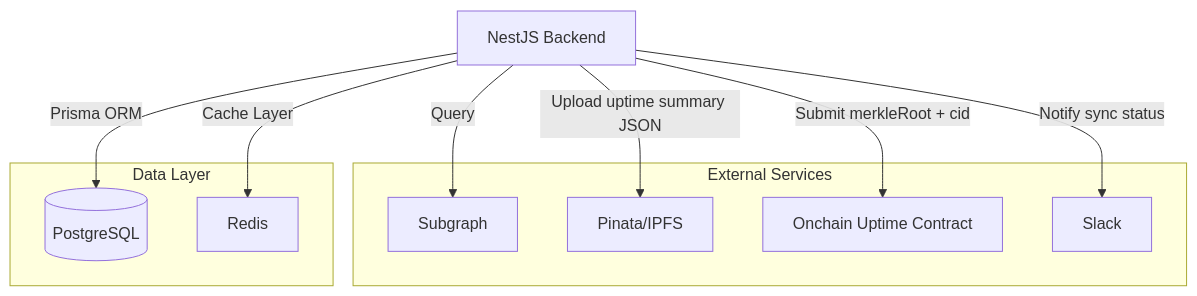
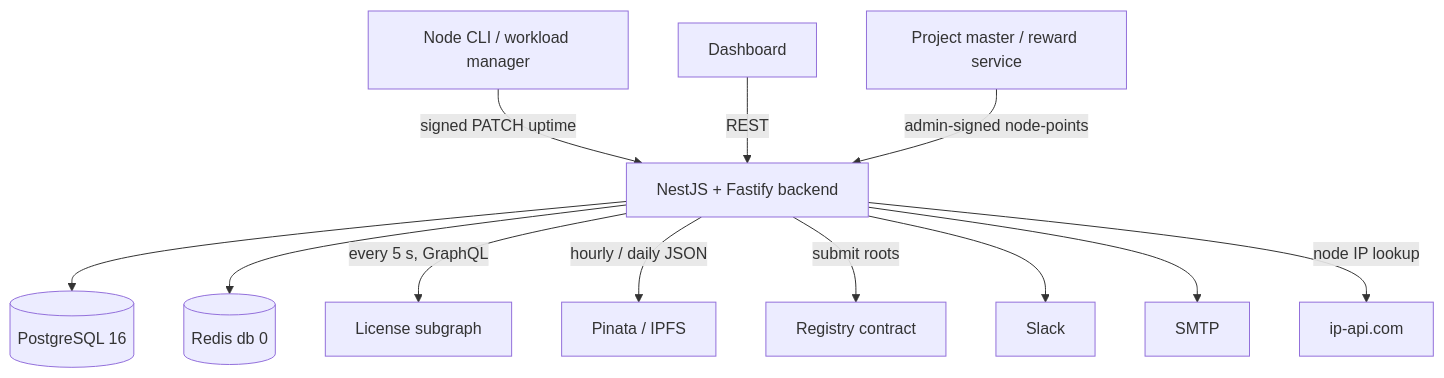
One commit to LFGInc/node-system-docs changed the diagram in docs/backend.md. Above: the diagram before and after it, drawn with Mermaid. The commit also changed other lines of this file and 2 other files, not shown here.

First line of the commit message:
docs: update CLI, workload manager and backend pages to the self-hosted open-source release

````diff
--- a/docs/backend.md
+++ b/docs/backend.md
@@ -93,29 +19,15 @@
 ```mermaid
 graph TD
-    A[NestJS Backend]
-    G[Subgraph]
-    I[Pinata/IPFS]
-    C[Onchain Uptime Contract]
-    S[Slack]
-    P[(PostgreSQL)]
-    R[Redis]
-
-    A -->|Query| G
-    A -->|Prisma ORM| P
-    A -->|Cache Layer| R
-    A -->|Upload uptime summary JSON| I
-    A -->|Submit merkleRoot + cid| C
-    A -->|Notify sync status| S
-
-    subgraph External Services
-        G
-        I
-        C
-        S
-    end
-
-    subgraph Data Layer
-        P
-        R
-    end
+    CLI[Node CLI / workload manager] -->|signed PATCH uptime| A
+    UI[Dashboard] -->|REST| A
+    RW[Project master / reward service] -->|admin-signed node-points| A
+    A[NestJS + Fastify backend]
+    A --> P[(PostgreSQL 16)]
+    A --> R[(Redis db 0)]
+    A -->|every 5 s, GraphQL| G[License subgraph]
+    A -->|hourly / daily JSON| I[Pinata / IPFS]
+    A -->|submit roots| C[Registry contract]
+    A --> S[Slack]
+    A --> M[SMTP]
+    A -->|node IP lookup| IP[ip-api.com]
 ```
````
